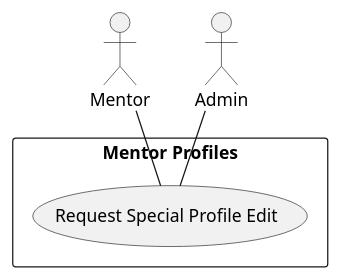
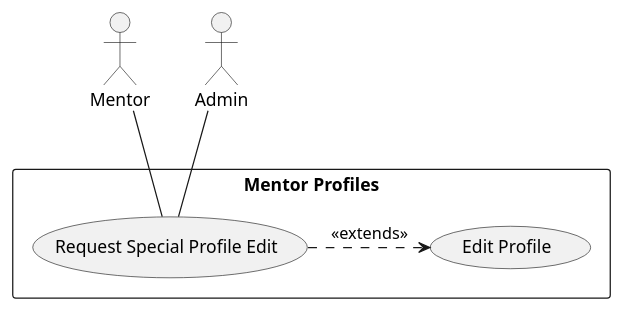
One commit to bmb0136/COMP-3700-Project changed the diagram in Use Cases/RequestSpecialProfileEdit.iuml. Above: the diagram before and after it, drawn with PlantUML. The commit also changed other lines of this file and 1 other file, not shown here.

Commit message:
added edit Profile and fixed request special profile edit

```diff
--- a/Use Cases/RequestSpecialProfileEdit.iuml
+++ b/Use Cases/RequestSpecialProfileEdit.iuml
@@ -1,9 +1,11 @@
 @startuml Request Special Profile Edit
 actor :Mentor:
 actor :Admin:
 rectangle "Mentor Profiles" {
   (Request Special Profile Edit) as req
+  (Edit Profile) as Edit
+  req .> Edit : <<extends>>
 }
 Mentor -- req
 Admin -- req
 @enduml
```
